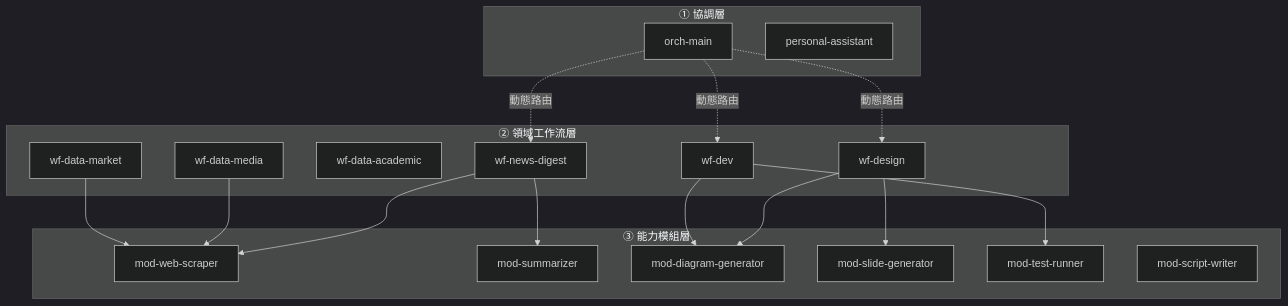
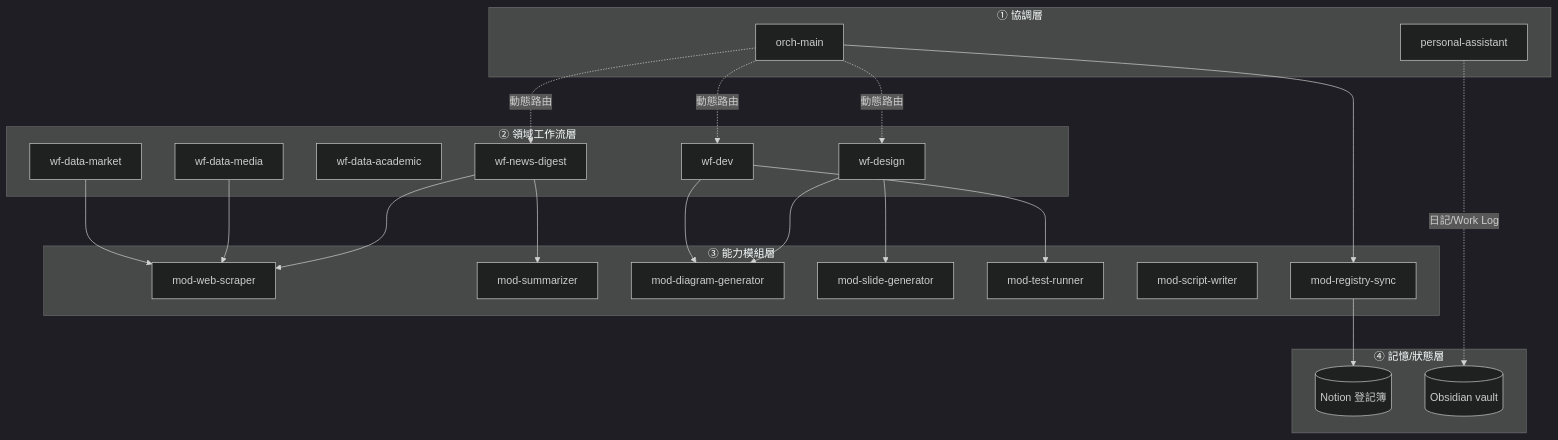
The diagram in README.md (Galen-Chu/AI-Agent-Skill), drawn with Mermaid (dark theme) before and after one commit. The commit also changed other lines of this file and 1 other file, not shown here.

````diff
--- a/README.md
+++ b/README.md
@@ -27,38 +27,48 @@
 ```mermaid
 flowchart TD
     subgraph L1["① 協調層"]
         orch[orch-main]
         pa[personal-assistant]
     end
 
     subgraph L2["② 領域工作流層"]
         wfnews[wf-news-digest]
         wfmedia[wf-data-media]
         wfacademic[wf-data-academic]
         wfmarket[wf-data-market]
         wfdesign[wf-design]
         wfdev[wf-dev]
     end
 
     subgraph L3["③ 能力模組層"]
         modscraper[mod-web-scraper]
         modsum[mod-summarizer]
         moddiagram[mod-diagram-generator]
         modslide[mod-slide-generator]
         modtest[mod-test-runner]
         modscript[mod-script-writer]
+        modregistry[mod-registry-sync]
+    end
+
+    subgraph L4["④ 記憶/狀態層"]
+        notion[(Notion 登記簿)]
+        obsidian[(Obsidian vault)]
     end
 
     orch -.動態路由.-> wfnews
     orch -.動態路由.-> wfdesign
     orch -.動態路由.-> wfdev
 
     wfnews --> modscraper
     wfnews --> modsum
     wfmedia --> modscraper
     wfmarket --> modscraper
     wfdesign --> moddiagram
     wfdesign --> modslide
     wfdev --> modtest
     wfdev --> moddiagram
+
+    orch --> modregistry
+    modregistry --> notion
+    pa -.日記/Work Log.-> obsidian
 ```
````
